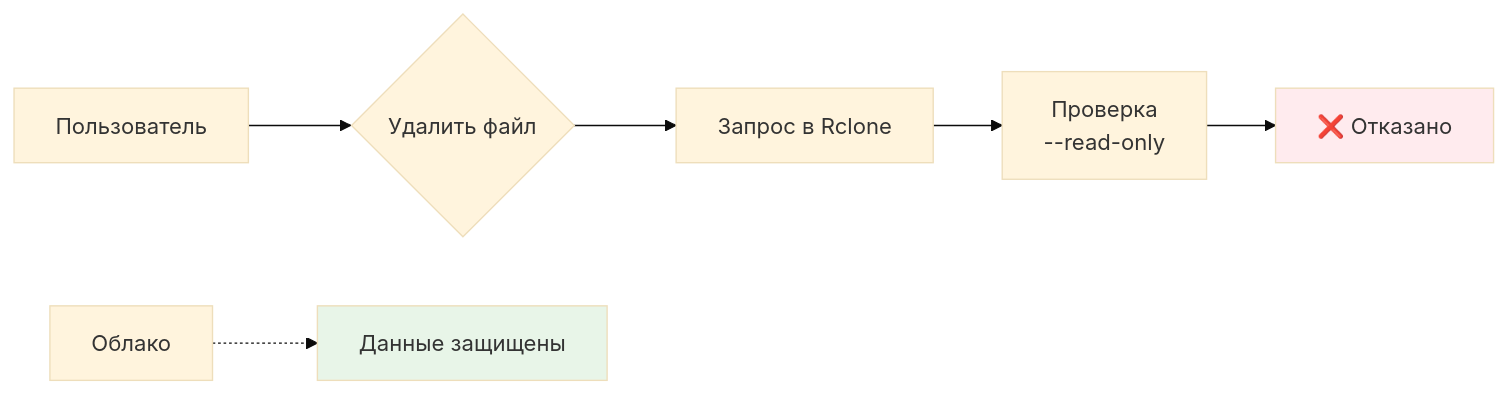
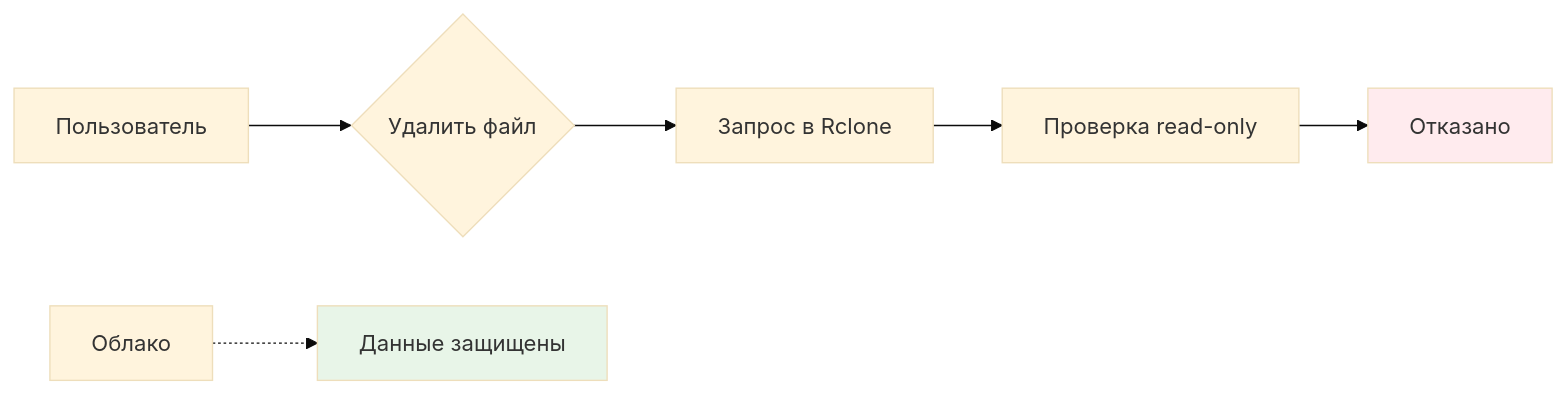
Before and after one commit to medphisiker/rclone-manager: the second of 9 diagrams in docs/Диаграммы.md, drawn with Mermaid (base theme). The commit also changed other lines of this file, not shown here.

First line of the commit message:
docs: добавить диаграммы для Rclone Manager

````diff
--- a/docs/Диаграммы.md
+++ b/docs/Диаграммы.md
@@ -29,11 +25,11 @@
 ```mermaid
 graph LR
     A[Пользователь] --> B{Удалить файл}
     B --> C[Запрос в Rclone]
-    C --> D[Проверка<br/>--read-only]
-    D --> E[❌ Отказано]
+    C --> D[Проверка read-only]
+    D --> E[Отказано]
     F[Облако] -.-> G[Данные защищены]
     
     style E fill:#ffebee
     style G fill:#e8f5e8
 ```
````
